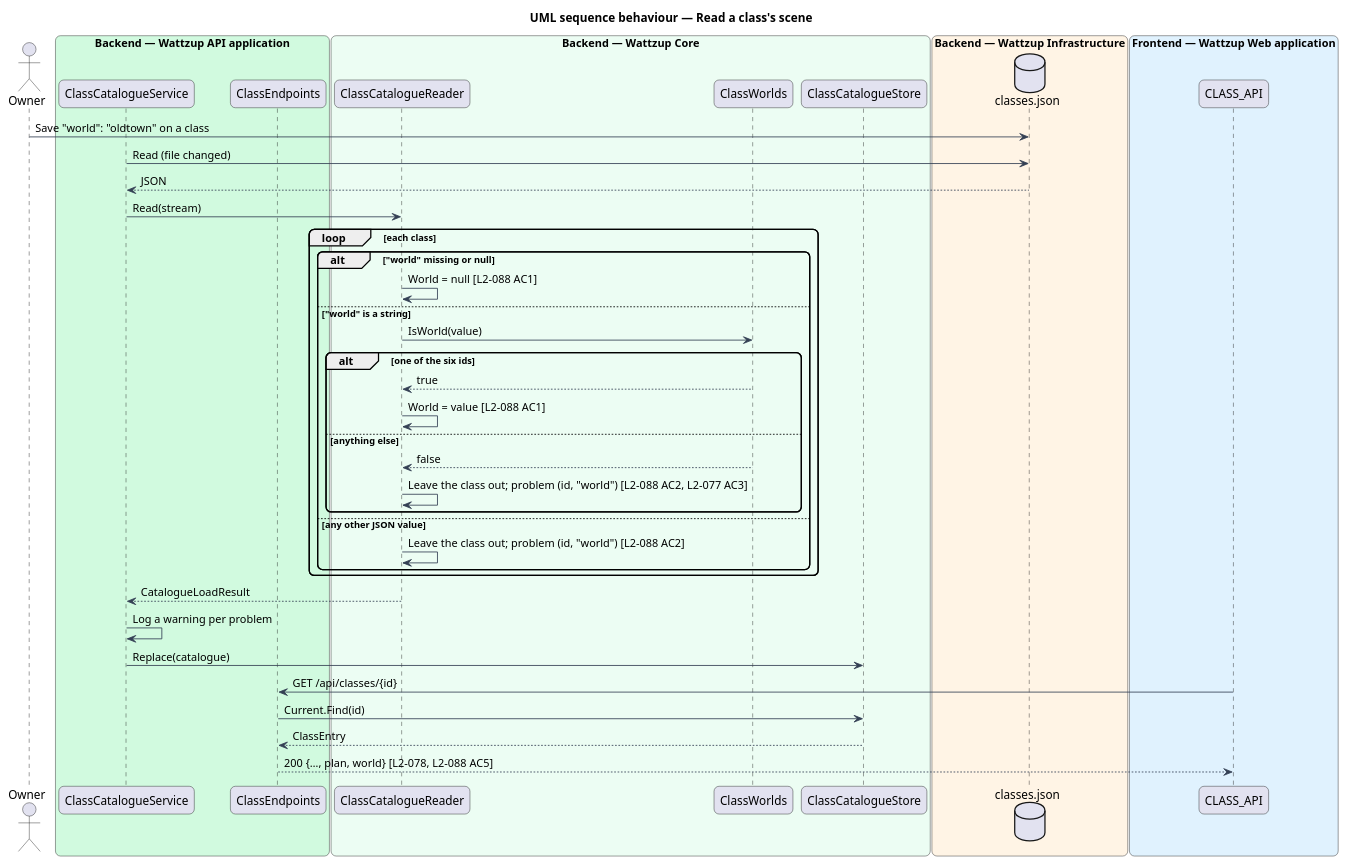
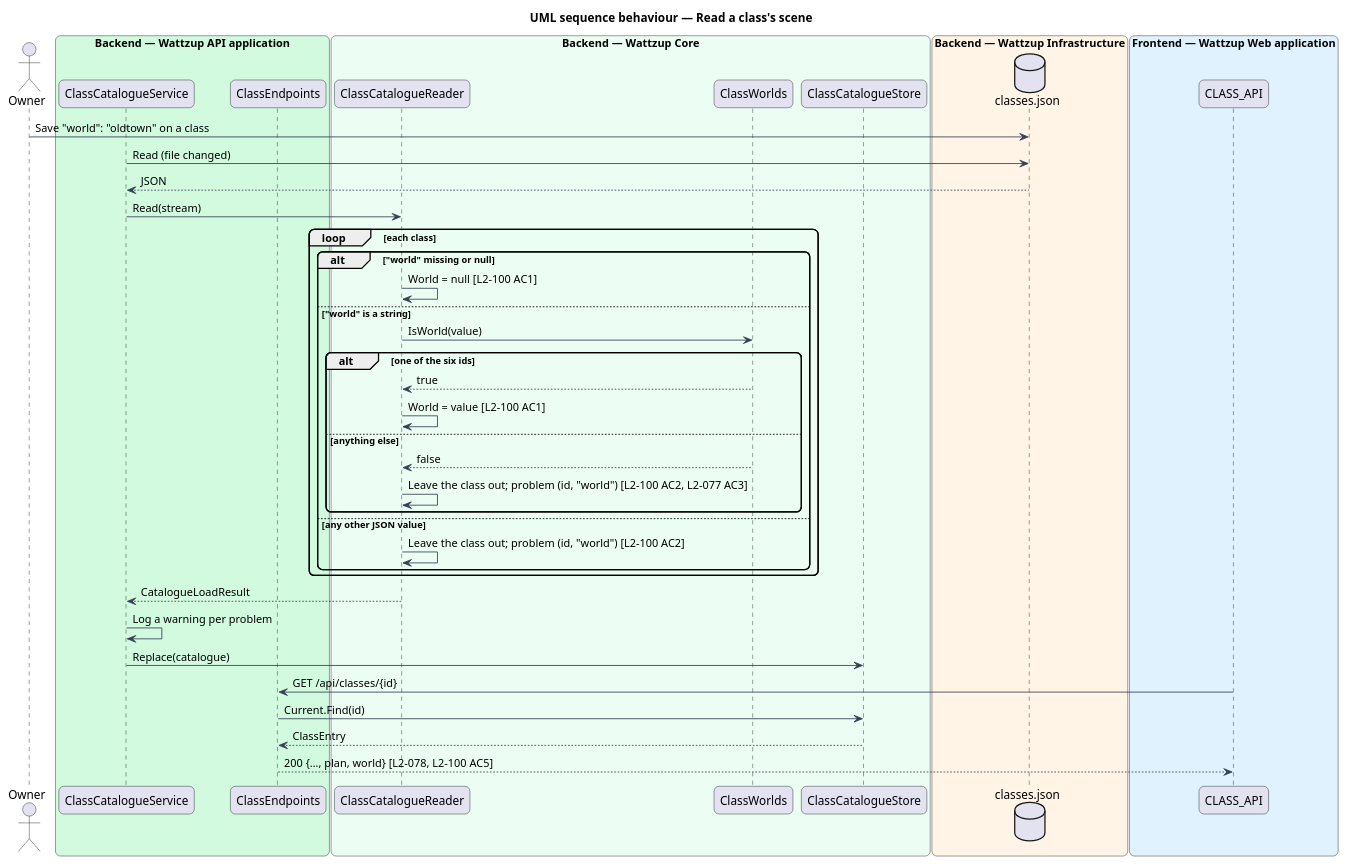
The diagram in docs/detailed-designs/world-ride/assign-class-scene/diagrams/sequence-read-class-scene.puml (QuinntyneBrown/ride-one), drawn with PlantUML before and after one commit. The commit also changed 75 other files, not shown here.

```diff
--- a/docs/detailed-designs/world-ride/assign-class-scene/diagrams/sequence-read-class-scene.puml
+++ b/docs/detailed-designs/world-ride/assign-class-scene/diagrams/sequence-read-class-scene.puml
@@ -1,52 +1,52 @@
 @startuml
 title UML sequence behaviour — Read a class's scene
 skinparam backgroundColor #FFFFFF
 skinparam shadowing false
 skinparam roundcorner 12
 skinparam defaultFontName Arial
 skinparam ArrowColor #344054
 actor "Owner" as owner
 box "Backend — Wattzup API application" #D1FADF
   participant "ClassCatalogueService" as service
   participant "ClassEndpoints" as ep
 end box
 box "Backend — Wattzup Core" #ECFDF3
   participant "ClassCatalogueReader" as reader
   participant "ClassWorlds" as worlds
   participant "ClassCatalogueStore" as store
 end box
 box "Backend — Wattzup Infrastructure" #FFF4E5
   database "classes.json" as file
 end box
 box "Frontend — Wattzup Web application" #E0F2FE
   participant "CLASS_API" as client
 end box
 
 owner -> file : Save "world": "oldtown" on a class
 service -> file : Read (file changed)
 file --> service : JSON
 service -> reader : Read(stream)
 loop each class
   alt "world" missing or null
-    reader -> reader : World = null [L2-088 AC1]
+    reader -> reader : World = null [L2-100 AC1]
   else "world" is a string
     reader -> worlds : IsWorld(value)
     alt one of the six ids
       worlds --> reader : true
-      reader -> reader : World = value [L2-088 AC1]
+      reader -> reader : World = value [L2-100 AC1]
     else anything else
       worlds --> reader : false
-      reader -> reader : Leave the class out; problem (id, "world") [L2-088 AC2, L2-077 AC3]
+      reader -> reader : Leave the class out; problem (id, "world") [L2-100 AC2, L2-077 AC3]
     end
   else any other JSON value
-    reader -> reader : Leave the class out; problem (id, "world") [L2-088 AC2]
+    reader -> reader : Leave the class out; problem (id, "world") [L2-100 AC2]
   end
 end
 reader --> service : CatalogueLoadResult
 service -> service : Log a warning per problem
 service -> store : Replace(catalogue)
 client -> ep : GET /api/classes/{id}
 ep -> store : Current.Find(id)
 store --> ep : ClassEntry
-ep --> client : 200 {…, plan, world} [L2-078, L2-088 AC5]
+ep --> client : 200 {…, plan, world} [L2-078, L2-100 AC5]
 @enduml
```
